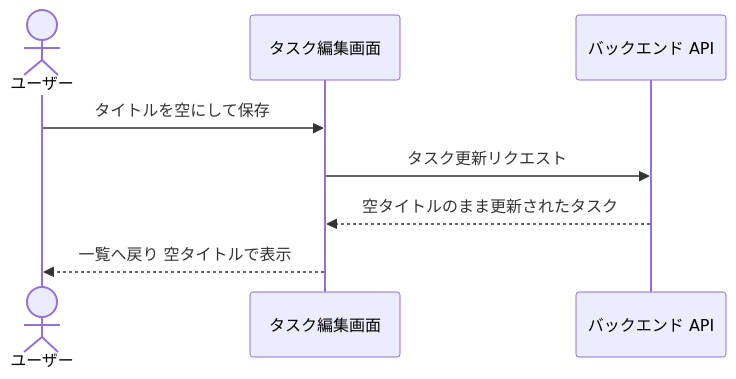
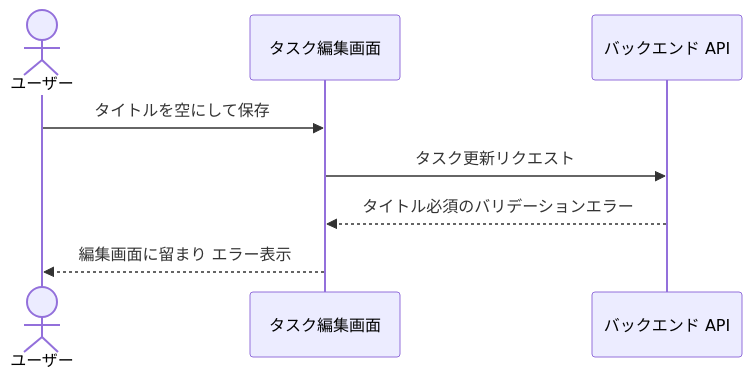
The second of 2 diagrams in docs/wiki/設計図/シナリオ/単一ユースケース/タスク編集.md (shuhei1101/ai-monitor-e2e), drawn with Mermaid before and after one commit. The commit also changed other lines of this file, not shown here.

````diff
--- a/docs/wiki/設計図/シナリオ/単一ユースケース/タスク編集.md
+++ b/docs/wiki/設計図/シナリオ/単一ユースケース/タスク編集.md
@@ -47,11 +48,11 @@
 ```mermaid
 sequenceDiagram
   actor U as ユーザー
   participant FE as タスク編集画面
   participant BE as バックエンド API
 
   U->>FE: タイトルを空にして保存
   FE->>BE: タスク更新リクエスト
-  BE-->>FE: 空タイトルのまま更新されたタスク
-  FE-->>U: 一覧へ戻り 空タイトルで表示
+  BE-->>FE: タイトル必須のバリデーションエラー
+  FE-->>U: 編集画面に留まり エラー表示
 ```
````
